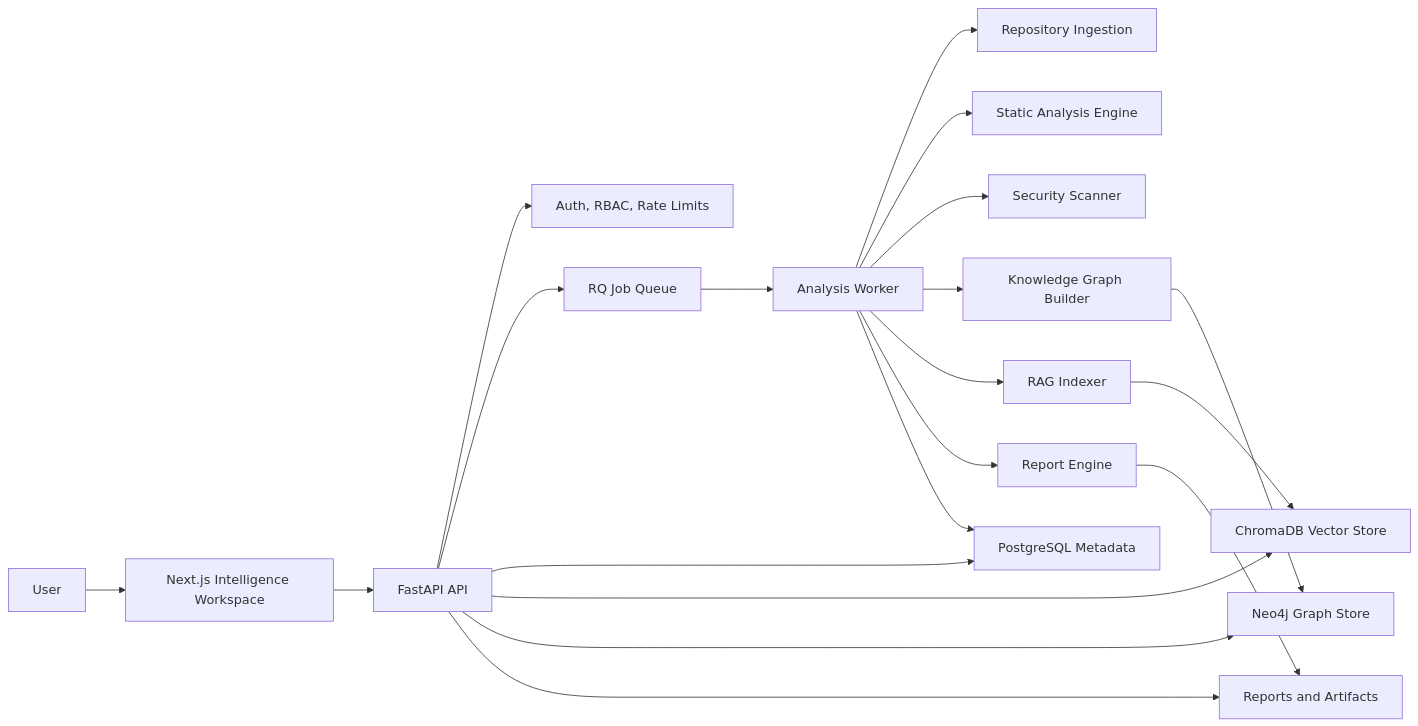
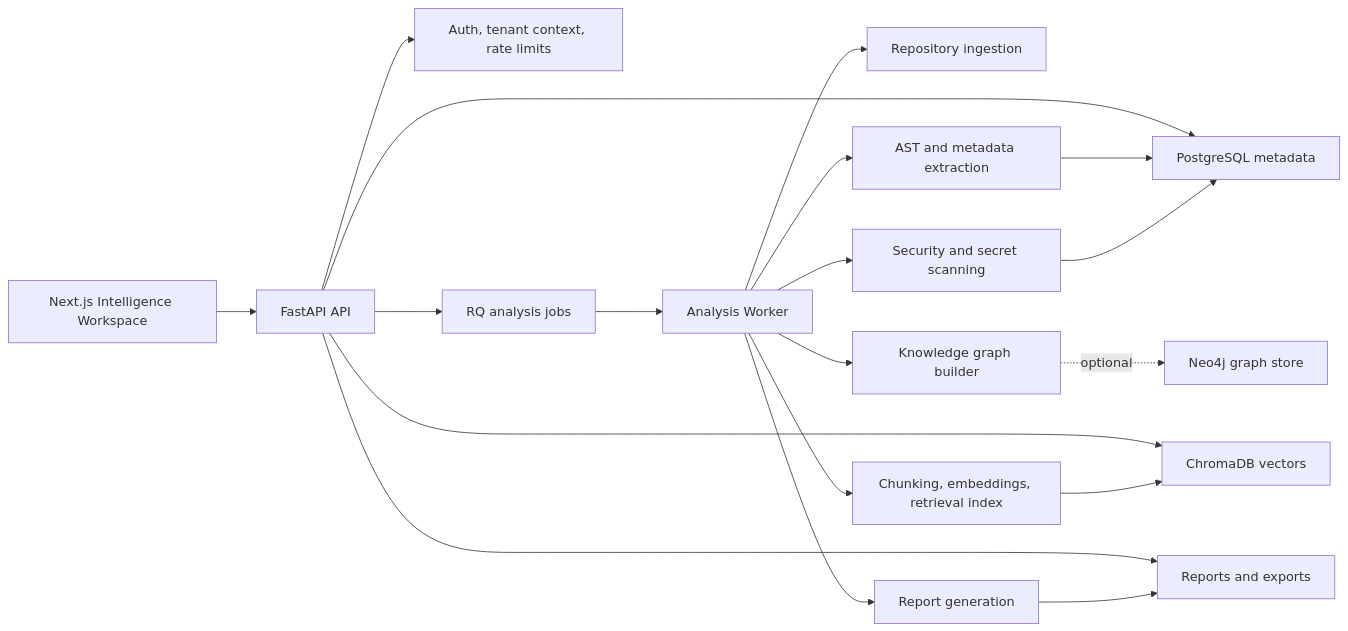
The diagram in README.md (ratishoberoi/RepoMindAI), drawn with Mermaid before and after one commit. The commit also changed other lines of this file and 44 other files, not shown here.

````diff
--- a/README.md
+++ b/README.md
@@ -147,22 +86,21 @@
 ```mermaid
 flowchart LR
-  User["User"] --> Web["Next.js Intelligence Workspace"]
-  Web --> API["FastAPI API"]
-  API --> Auth["Auth, RBAC, Rate Limits"]
-  API --> Jobs["RQ Job Queue"]
+  UI["Next.js Intelligence Workspace"] --> API["FastAPI API"]
+  API --> Auth["Auth, tenant context, rate limits"]
+  API --> Jobs["RQ analysis jobs"]
   Jobs --> Worker["Analysis Worker"]
-  Worker --> Ingest["Repository Ingestion"]
-  Worker --> Analyze["Static Analysis Engine"]
-  Worker --> Security["Security Scanner"]
-  Worker --> Graph["Knowledge Graph Builder"]
-  Worker --> RAG["RAG Indexer"]
-  Worker --> Reports["Report Engine"]
-  API --> Store["PostgreSQL Metadata"]
-  API --> Chroma["ChromaDB Vector Store"]
-  API --> Neo4j["Neo4j Graph Store"]
-  API --> Artifacts["Reports and Artifacts"]
-  Worker --> Store
-  Graph --> Neo4j
-  RAG --> Chroma
+  Worker --> Ingest["Repository ingestion"]
+  Worker --> Parse["AST and metadata extraction"]
+  Worker --> Security["Security and secret scanning"]
+  Worker --> Graph["Knowledge graph builder"]
+  Worker --> RAG["Chunking, embeddings, retrieval index"]
+  Worker --> Reports["Report generation"]
+  API --> DB["PostgreSQL metadata"]
+  API --> Vector["ChromaDB vectors"]
+  API --> Artifacts["Reports and exports"]
+  Graph -. optional .-> Neo4j["Neo4j graph store"]
+  Parse --> DB
+  Security --> DB
+  RAG --> Vector
   Reports --> Artifacts
 ```
````
